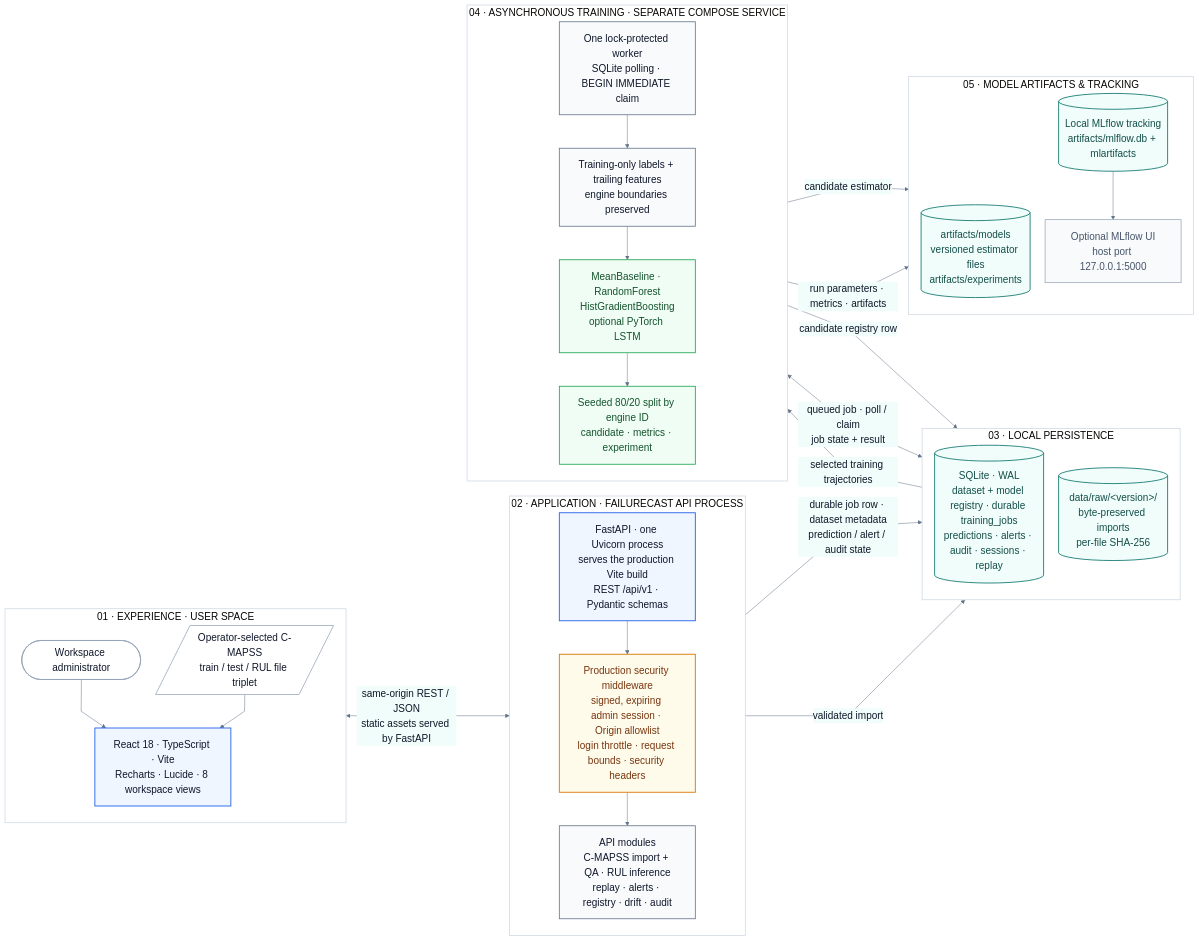
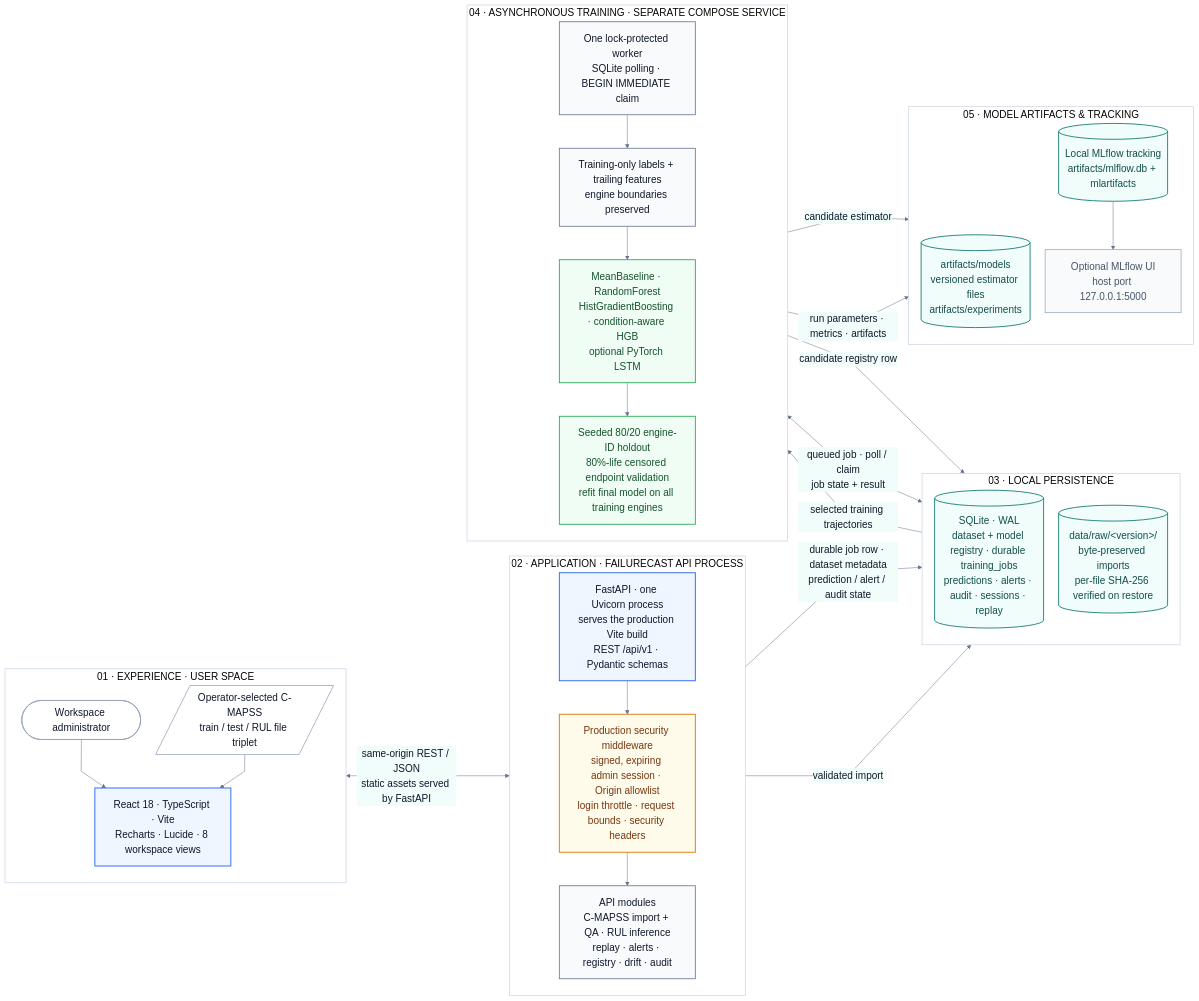
The diagram in docs/portfolio-diagrams/system-architecture.mmd (Jithendra-coder/FailureCast), drawn with Mermaid before and after one commit. The commit also changed 48 other files, not shown here.

```diff
--- a/docs/portfolio-diagrams/system-architecture.mmd
+++ b/docs/portfolio-diagrams/system-architecture.mmd
@@ -1,70 +1,70 @@
 %%{init: {"theme":"base","themeVariables":{"fontFamily":"Inter, Segoe UI, Arial, sans-serif","fontSize":"20px","primaryColor":"#EFF6FF","primaryTextColor":"#0F172A","primaryBorderColor":"#2563EB","lineColor":"#64748B","secondaryColor":"#F0FDFA","tertiaryColor":"#F8FAFC","clusterBkg":"#F8FAFC","clusterBorder":"#CBD5E1"},"flowchart":{"curve":"linear","htmlLabels":true,"nodeSpacing":30,"rankSpacing":42,"padding":18}}}%%
 flowchart LR
   subgraph CLIENT["01 · EXPERIENCE · USER SPACE"]
     direction TB
     ADMIN(["Workspace administrator"])
     BROWSER["React 18 · TypeScript · Vite<br/>Recharts · Lucide · 8 workspace views"]
     FILES[/"Operator-selected C-MAPSS<br/>train / test / RUL file triplet"/]
     ADMIN --> BROWSER
     FILES --> BROWSER
   end
 
   subgraph APP["02 · APPLICATION · FAILURECAST API PROCESS"]
     direction TB
     FASTAPI["FastAPI · one Uvicorn process<br/>serves the production Vite build<br/>REST /api/v1 · Pydantic schemas"]
     SECURITY["Production security middleware<br/>signed, expiring admin session · Origin allowlist<br/>login throttle · request bounds · security headers"]
     HANDLERS["API modules<br/>C-MAPSS import + QA · RUL inference<br/>replay · alerts · registry · drift · audit"]
     FASTAPI --> SECURITY --> HANDLERS
   end
 
   subgraph STATE["03 · LOCAL PERSISTENCE"]
     direction TB
     DB[("SQLite · WAL<br/>dataset + model registry · durable training_jobs<br/>predictions · alerts · audit · sessions · replay")]
-    RAW[("data/raw/&lt;version&gt;/<br/>byte-preserved imports<br/>per-file SHA-256")]
+    RAW[("data/raw/&lt;version&gt;/<br/>byte-preserved imports<br/>per-file SHA-256 verified on restore")]
   end
 
   subgraph WORK["04 · ASYNCHRONOUS TRAINING · SEPARATE COMPOSE SERVICE"]
     direction TB
     WORKER["One lock-protected worker<br/>SQLite polling · BEGIN IMMEDIATE claim"]
     FEATURES["Training-only labels + trailing features<br/>engine boundaries preserved"]
-    ESTIMATORS["MeanBaseline · RandomForest<br/>HistGradientBoosting<br/>optional PyTorch LSTM"]
-    VALIDATION["Seeded 80/20 split by engine ID<br/>candidate · metrics · experiment"]
+    ESTIMATORS["MeanBaseline · RandomForest<br/>HistGradientBoosting · condition-aware HGB<br/>optional PyTorch LSTM"]
+    VALIDATION["Seeded 80/20 engine-ID holdout<br/>80%-life censored endpoint validation<br/>refit final model on all training engines"]
     WORKER --> FEATURES --> ESTIMATORS --> VALIDATION
   end
 
   subgraph OUTPUTS["05 · MODEL ARTIFACTS & TRACKING"]
     direction TB
     ARTIFACTS[("artifacts/models<br/>versioned estimator files<br/>artifacts/experiments")]
     MLFLOW[("Local MLflow tracking<br/>artifacts/mlflow.db + mlartifacts")]
     MLFLOWUI["Optional MLflow UI<br/>host port 127.0.0.1:5000"]
     MLFLOW --> MLFLOWUI
   end
 
   BROWSER <-->|"same-origin REST / JSON<br/>static assets served by FastAPI"| FASTAPI
   HANDLERS -->|"durable job row · dataset metadata<br/>prediction / alert / audit state"| DB
   HANDLERS -->|"validated import"| RAW
   DB <-->|"queued job · poll / claim<br/>job state + result"| WORKER
   RAW -->|"selected training trajectories"| FEATURES
   VALIDATION -->|"candidate registry row"| DB
   VALIDATION -->|"candidate estimator"| ARTIFACTS
   VALIDATION -->|"run parameters · metrics · artifacts"| MLFLOW
 
   classDef actor fill:#FFFFFF,stroke:#94A3B8,color:#0F172A,stroke-width:1.5px;
   classDef interface fill:#EFF6FF,stroke:#2563EB,color:#0F172A,stroke-width:1.8px;
   classDef service fill:#F8FAFC,stroke:#64748B,color:#0F172A,stroke-width:1.6px;
   classDef security fill:#FFFBEB,stroke:#D97706,color:#78350F,stroke-width:1.8px;
   classDef store fill:#F0FDFA,stroke:#0F766E,color:#134E4A,stroke-width:1.7px;
   classDef model fill:#F0FDF4,stroke:#16A34A,color:#14532D,stroke-width:1.6px;
   classDef optional fill:#F8FAFC,stroke:#94A3B8,color:#475569,stroke-width:1.4px;
   class ADMIN,FILES actor;
   class BROWSER,FASTAPI interface;
   class SECURITY security;
   class HANDLERS,WORKER,FEATURES,ESTIMATORS,VALIDATION service;
   class DB,RAW,ARTIFACTS,MLFLOW store;
   class MLFLOWUI optional;
   class ESTIMATORS,VALIDATION model;
   style CLIENT fill:#FFFFFF,stroke:#CBD5E1,stroke-width:1.4px
   style APP fill:#FFFFFF,stroke:#CBD5E1,stroke-width:1.4px
   style STATE fill:#FFFFFF,stroke:#CBD5E1,stroke-width:1.4px
   style WORK fill:#FFFFFF,stroke:#CBD5E1,stroke-width:1.4px
   style OUTPUTS fill:#FFFFFF,stroke:#CBD5E1,stroke-width:1.4px
```
